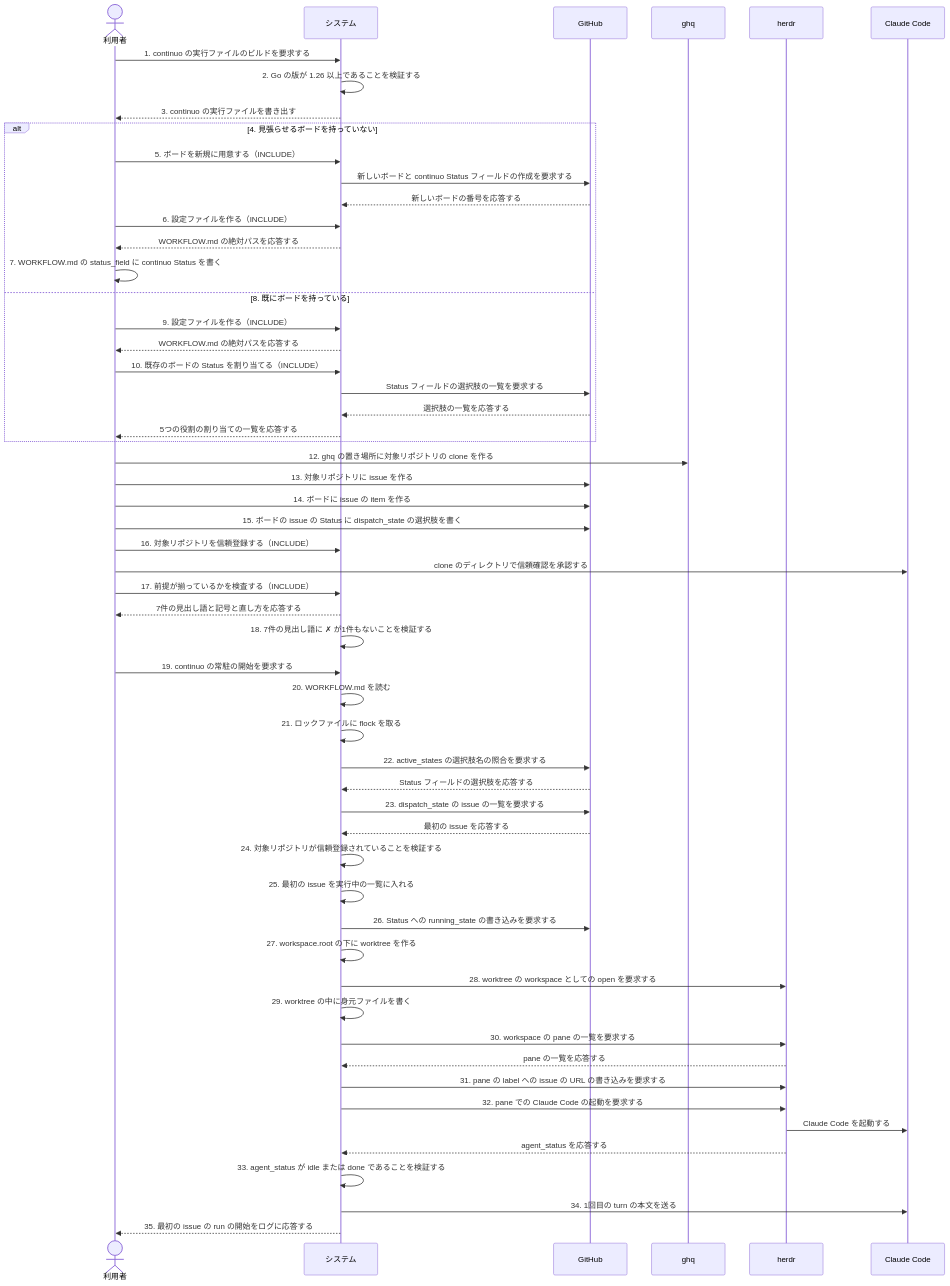
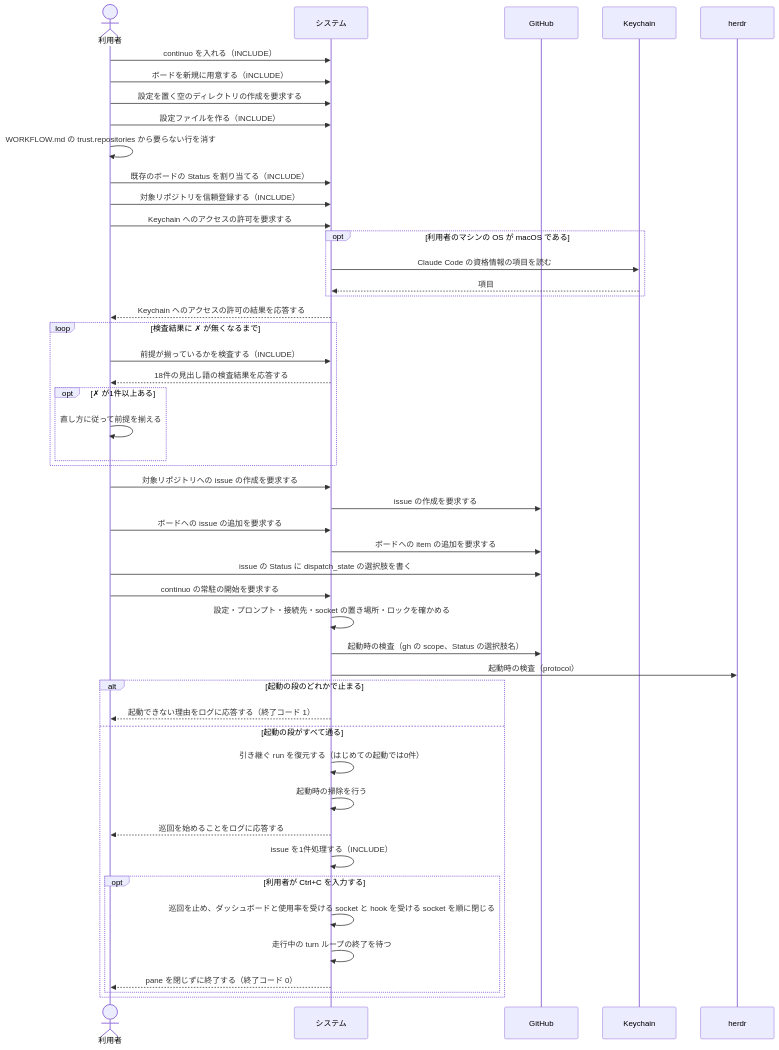
One commit to maimuzo/continuo changed the second of 2 diagrams in docs/spec/usecases/scenario/はじめて continuo を動かせるようにする.rucm.md. Above: the diagram before and after it, drawn with Mermaid. The commit also changed other lines of this file and 122 other files, not shown here.

````diff
--- a/docs/spec/usecases/scenario/はじめて continuo を動かせるようにする.rucm.md
+++ b/docs/spec/usecases/scenario/はじめて continuo を動かせるようにする.rucm.md
@@ -177,63 +254,51 @@
 ```mermaid
 sequenceDiagram
-    actor U as 利用者
-    participant S as システム
+    actor User as 利用者
+    participant Sys as システム
     participant GH as GitHub
-    participant Q as ghq
-    participant H as herdr
-    participant CC as Claude Code
+    participant KC as Keychain
+    participant Herdr as herdr
 
-    U->>S: 1. continuo の実行ファイルのビルドを要求する
-    S->>S: 2. Go の版が 1.26 以上であることを検証する
-    S-->>U: 3. continuo の実行ファイルを書き出す
-
-    alt 4. 見張らせるボードを持っていない
-        U->>S: 5. ボードを新規に用意する（INCLUDE）
-        S->>GH: 新しいボードと continuo Status フィールドの作成を要求する
-        GH-->>S: 新しいボードの番号を応答する
-        U->>S: 6. 設定ファイルを作る（INCLUDE）
-        S-->>U: WORKFLOW.md の絶対パスを応答する
-        U->>U: 7. WORKFLOW.md の status_field に continuo Status を書く
-    else 8. 既にボードを持っている
-        U->>S: 9. 設定ファイルを作る（INCLUDE）
-        S-->>U: WORKFLOW.md の絶対パスを応答する
-        U->>S: 10. 既存のボードの Status を割り当てる（INCLUDE）
-        S->>GH: Status フィールドの選択肢の一覧を要求する
-        GH-->>S: 選択肢の一覧を応答する
-        S-->>U: 5つの役割の割り当ての一覧を応答する
+    User->>Sys: continuo を入れる（INCLUDE）
+    User->>Sys: ボードを新規に用意する（INCLUDE）
+    User->>Sys: 設定を置く空のディレクトリの作成を要求する
+    User->>Sys: 設定ファイルを作る（INCLUDE）
+    User->>User: WORKFLOW.md の trust.repositories から要らない行を消す
+    User->>Sys: 既存のボードの Status を割り当てる（INCLUDE）
+    User->>Sys: 対象リポジトリを信頼登録する（INCLUDE）
+    User->>Sys: Keychain へのアクセスの許可を要求する
+    opt 利用者のマシンの OS が macOS である
+        Sys->>KC: Claude Code の資格情報の項目を読む
+        KC-->>Sys: 項目
     end
-
-    U->>Q: 12. ghq の置き場所に対象リポジトリの clone を作る
-    U->>GH: 13. 対象リポジトリに issue を作る
-    U->>GH: 14. ボードに issue の item を作る
-    U->>GH: 15. ボードの issue の Status に dispatch_state の選択肢を書く
-
-    U->>S: 16. 対象リポジトリを信頼登録する（INCLUDE）
-    U->>CC: clone のディレクトリで信頼確認を承認する
-    U->>S: 17. 前提が揃っているかを検査する（INCLUDE）
-    S-->>U: 7件の見出し語と記号と直し方を応答する
-    S->>S: 18. 7件の見出し語に ✗ が1件もないことを検証する
-
-    U->>S: 19. continuo の常駐の開始を要求する
-    S->>S: 20. WORKFLOW.md を読む
-    S->>S: 21. ロックファイルに flock を取る
-    S->>GH: 22. active_states の選択肢名の照合を要求する
-    GH-->>S: Status フィールドの選択肢を応答する
-    S->>GH: 23. dispatch_state の issue の一覧を要求する
-    GH-->>S: 最初の issue を応答する
-    S->>S: 24. 対象リポジトリが信頼登録されていることを検証する
-    S->>S: 25. 最初の issue を実行中の一覧に入れる
-    S->>GH: 26. Status への running_state の書き込みを要求する
-    S->>S: 27. workspace.root の下に worktree を作る
-    S->>H: 28. worktree の workspace としての open を要求する
-    S->>S: 29. worktree の中に身元ファイルを書く
-    S->>H: 30. workspace の pane の一覧を要求する
-    H-->>S: pane の一覧を応答する
-    S->>H: 31. pane の label への issue の URL の書き込みを要求する
-    S->>H: 32. pane での Claude Code の起動を要求する
-    H->>CC: Claude Code を起動する
-    H-->>S: agent_status を応答する
-    S->>S: 33. agent_status が idle または done であることを検証する
-    S->>CC: 34. 1回目の turn の本文を送る
-    S-->>U: 35. 最初の issue の run の開始をログに応答する
+    Sys-->>User: Keychain へのアクセスの許可の結果を応答する
+    loop 検査結果に ✗ が無くなるまで
+        User->>Sys: 前提が揃っているかを検査する（INCLUDE）
+        Sys-->>User: 18件の見出し語の検査結果を応答する
+        opt ✗ が1件以上ある
+            User->>User: 直し方に従って前提を揃える
+        end
+    end
+    User->>Sys: 対象リポジトリへの issue の作成を要求する
+    Sys->>GH: issue の作成を要求する
+    User->>Sys: ボードへの issue の追加を要求する
+    Sys->>GH: ボードへの item の追加を要求する
+    User->>GH: issue の Status に dispatch_state の選択肢を書く
+    User->>Sys: continuo の常駐の開始を要求する
+    Sys->>Sys: 設定・プロンプト・接続先・socket の置き場所・ロックを確かめる
+    Sys->>GH: 起動時の検査（gh の scope、Status の選択肢名）
+    Sys->>Herdr: 起動時の検査（protocol）
+    alt 起動の段のどれかで止まる
+        Sys-->>User: 起動できない理由をログに応答する（終了コード 1）
+    else 起動の段がすべて通る
+        Sys->>Sys: 引き継ぐ run を復元する（はじめての起動では0件）
+        Sys->>Sys: 起動時の掃除を行う
+        Sys-->>User: 巡回を始めることをログに応答する
+        Sys->>Sys: issue を1件処理する（INCLUDE）
+        opt 利用者が Ctrl+C を入力する
+            Sys->>Sys: 巡回を止め、ダッシュボードと使用率を受ける socket と hook を受ける socket を順に閉じる
+            Sys->>Sys: 走行中の turn ループの終了を待つ
+            Sys-->>User: pane を閉じずに終了する（終了コード 0）
+        end
+    end
 ```
````
